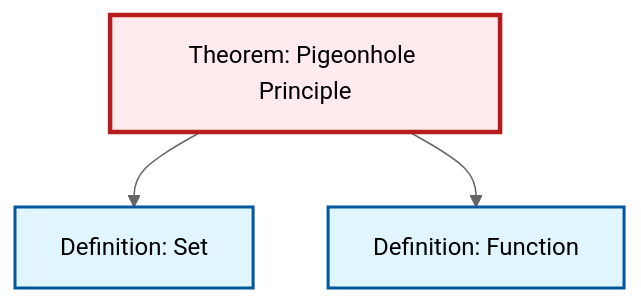
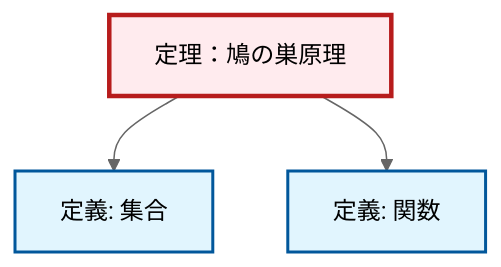
One commit to RK0429/ModernMath changed the diagram in content/ja/combinatorics/thm-pigeonhole-principle.qmd. Above: the diagram before and after it, drawn with Mermaid (neutral theme). The commit also changed 1069 other files, not shown here.

````diff
--- a/content/ja/combinatorics/thm-pigeonhole-principle.qmd
+++ b/content/ja/combinatorics/thm-pigeonhole-principle.qmd
@@ -65,17 +65,17 @@
 ```{mermaid}
 %%| fig-cap: "Local dependency graph"
 graph TD
     classDef definition fill:#e1f5fe,stroke:#01579b,stroke-width:2px
     classDef theorem fill:#f3e5f5,stroke:#4a148c,stroke-width:2px
     classDef axiom fill:#fff3e0,stroke:#e65100,stroke-width:2px
     classDef example fill:#e8f5e9,stroke:#1b5e20,stroke-width:2px
     classDef current fill:#ffebee,stroke:#b71c1c,stroke-width:3px
-    def-function["Definition: Function"]:::definition
-    thm-pigeonhole-principle["Theorem: Pigeonhole Principle"]:::theorem
-    def-set["Definition: Set"]:::definition
+    def-function["定義: 関数"]:::definition
+    thm-pigeonhole-principle["定理：鳩の巣原理"]:::theorem
+    def-set["定義: 集合"]:::definition
     thm-pigeonhole-principle --> def-set
     thm-pigeonhole-principle --> def-function
     class thm-pigeonhole-principle current
-    click def-function "def-function.html" "Definition: Functionへ"
-    click def-set "def-set.html" "Definition: Setへ"
+    click def-function "def-function.html" "関数の定義へ"
+    click def-set "def-set.html" "集合の定義へ"
 ```
````
